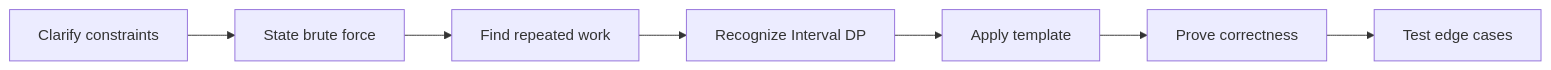
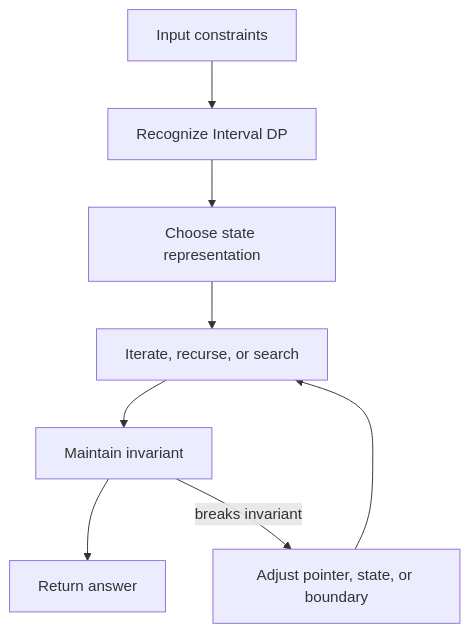
One commit to abstractinterviews/abstractinterviews.github.io changed the second of 2 diagrams in coding-round/patterns/dynamic-programming-track/interval-dp/index.md. Above: the diagram before and after it, drawn with Mermaid. The commit also changed other lines of this file and 278 other files, not shown here.

````diff
--- a/coding-round/patterns/dynamic-programming-track/interval-dp/index.md
+++ b/coding-round/patterns/dynamic-programming-track/interval-dp/index.md
@@ -123,9 +121,10 @@
-~~~mermaid
-flowchart LR
-    A["Clarify constraints"] --> B["State brute force"]
-    B --> C["Find repeated work"]
-    C --> D["Recognize Interval DP"]
-    D --> E["Apply template"]
-    E --> F["Prove correctness"]
-    F --> G["Test edge cases"]
-~~~
+```mermaid
+flowchart TD
+    Input["Input constraints"] --> Pattern["Recognize Interval DP"]
+    Pattern --> State["Choose state representation"]
+    State --> Iterate["Iterate, recurse, or search"]
+    Iterate --> Check["Maintain invariant"]
+    Check --> Result["Return answer"]
+    Check -->|breaks invariant| Fix["Adjust pointer, state, or boundary"]
+    Fix --> Iterate
+```
````
